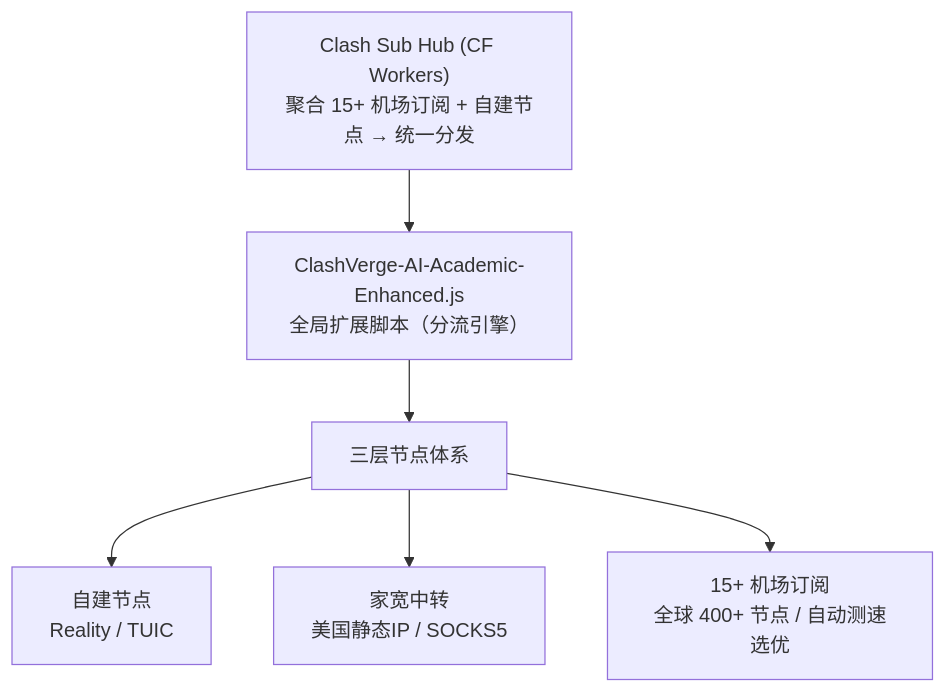
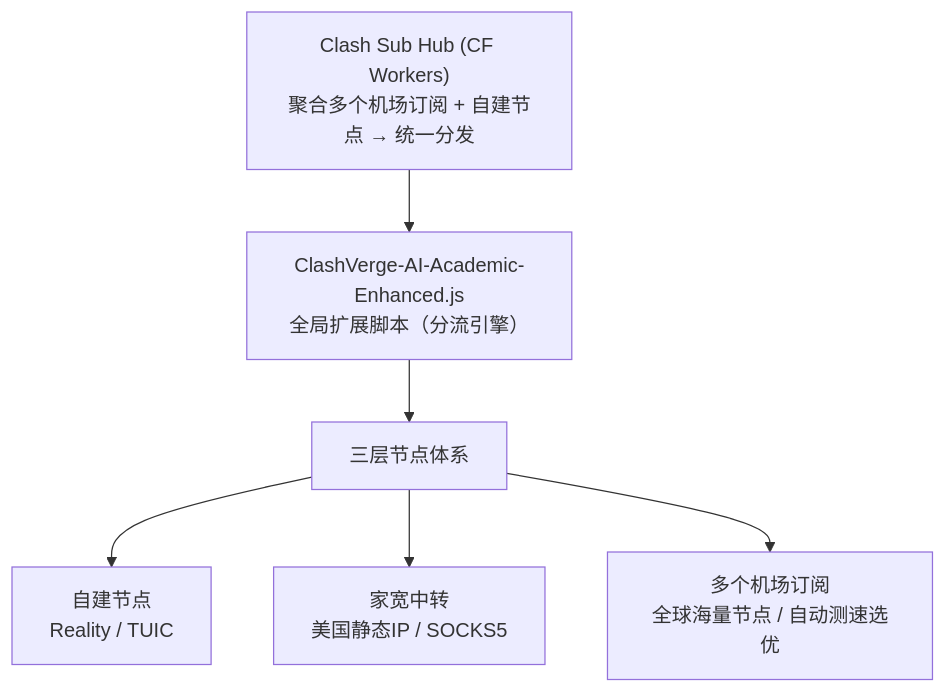
The diagram in README.md (guoyingwei6/clash-sub-hub), drawn with Mermaid before and after one commit. The commit also changed other lines of this file, not shown here.

Commit message:
docs: remove specific subscription counts from README

````diff
--- a/README.md
+++ b/README.md
@@ -18,8 +18,8 @@
 ```mermaid
 graph TD
-    A["Clash Sub Hub (CF Workers)<br/>聚合 15+ 机场订阅 + 自建节点 → 统一分发"] --> B
+    A["Clash Sub Hub (CF Workers)<br/>聚合多个机场订阅 + 自建节点 → 统一分发"] --> B
     B["ClashVerge-AI-Academic-Enhanced.js<br/>全局扩展脚本（分流引擎）"] --> C
     C["三层节点体系"] --> D["自建节点<br/>Reality / TUIC"]
     C --> E["家宽中转<br/>美国静态IP / SOCKS5"]
-    C --> F["15+ 机场订阅<br/>全球 400+ 节点 / 自动测速选优"]
+    C --> F["多个机场订阅<br/>全球海量节点 / 自动测速选优"]
 ```
````
